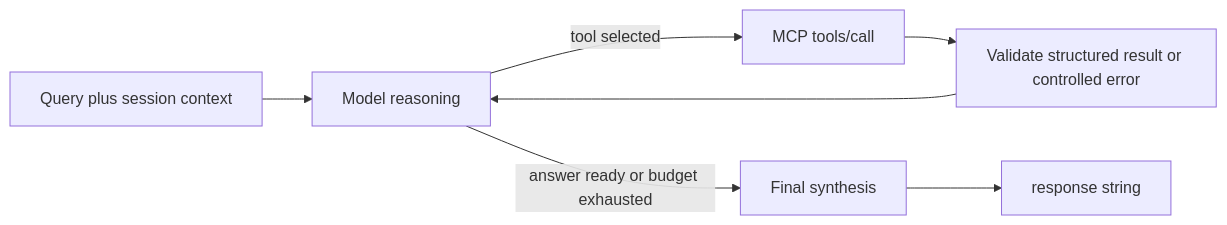
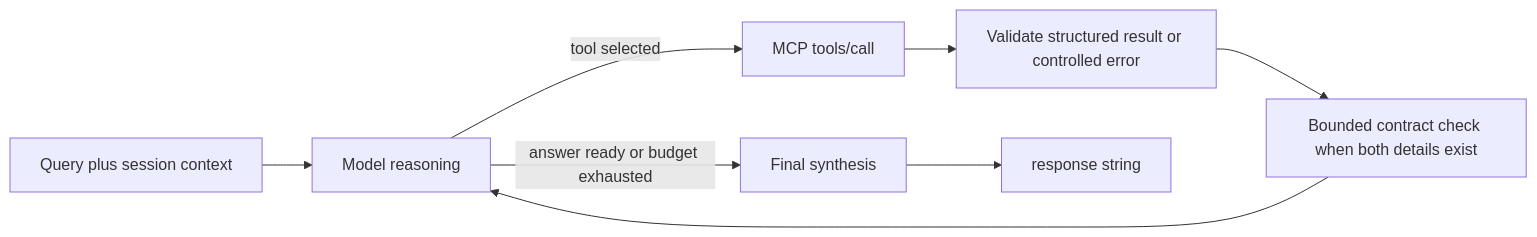
One commit to waderylan/prediction-market-agent changed the second of 3 diagrams in README.md. Above: the diagram before and after it, drawn with Mermaid. The commit also changed other lines of this file and 8 other files, not shown here.

````diff
--- a/README.md
+++ b/README.md
@@ -234,9 +262,10 @@
 ```mermaid
 flowchart LR
     Q[Query plus session context] --> R[Model reasoning]
     R -->|tool selected| T[MCP tools/call]
     T --> V[Validate structured result or controlled error]
-    V --> R
+    V --> C[Bounded contract check when both details exist]
+    C --> R
     R -->|answer ready or budget exhausted| S[Final synthesis]
     S --> O[response string]
 ```
````
